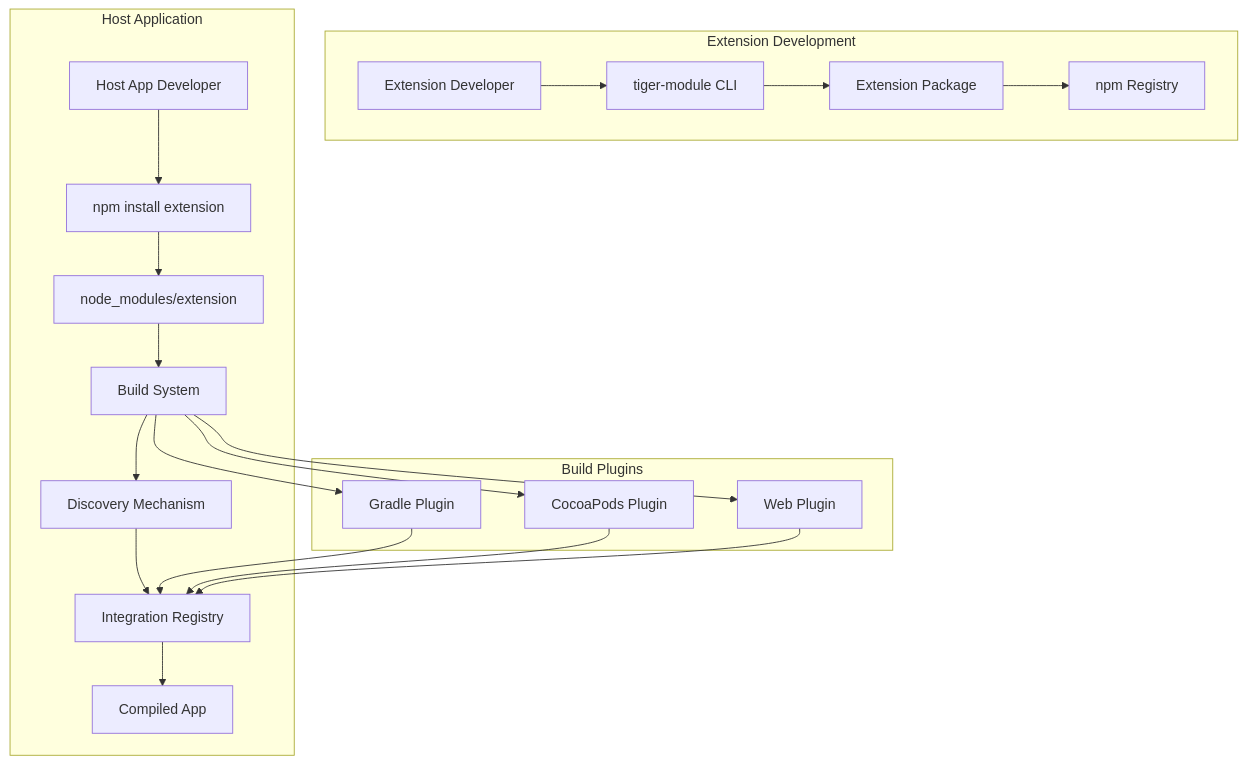
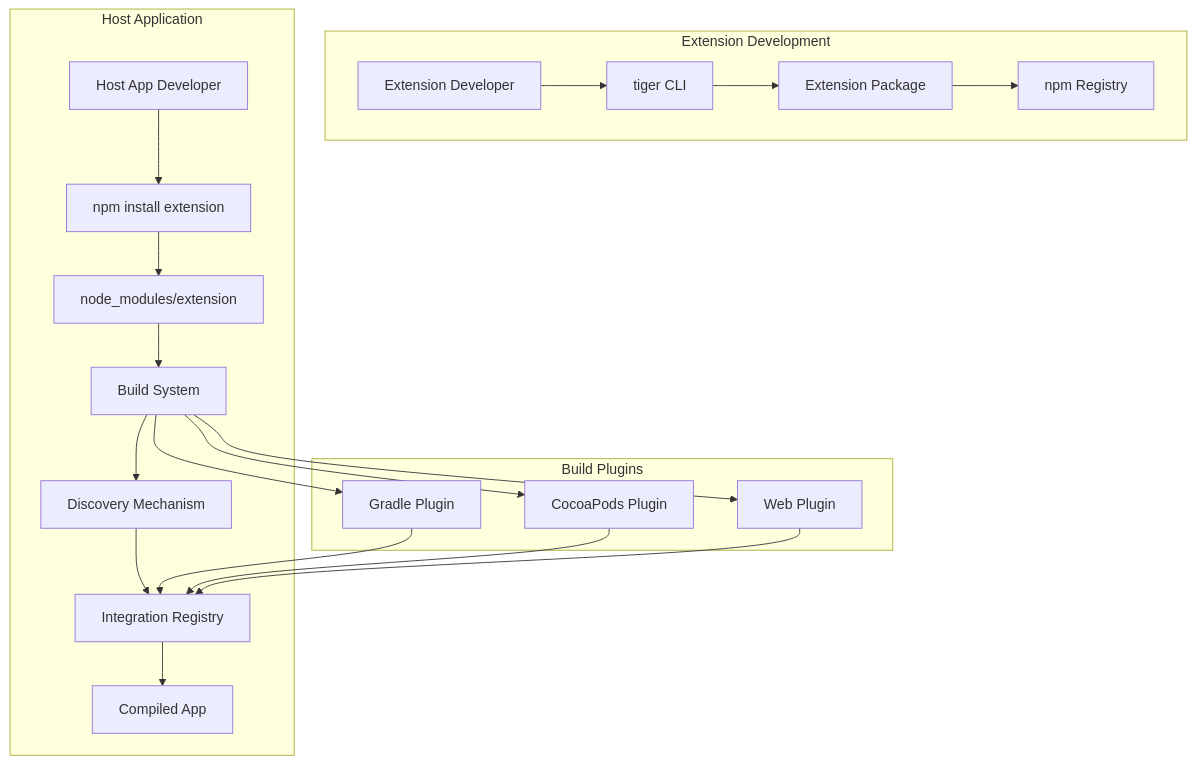
The diagram in .kiro/specs/autolink-migration/design.md (HimanshuKumarDutt094/tiger-modules), drawn with Mermaid before and after one commit. The commit also changed other lines of this file and 138 other files, not shown here.

````diff
--- a/.kiro/specs/autolink-migration/design.md
+++ b/.kiro/specs/autolink-migration/design.md
@@ -13,30 +13,30 @@
 ```mermaid
 graph TB
     subgraph "Extension Development"
-        A[Extension Developer] --> B[tiger-module CLI]
+        A[Extension Developer] --> B[tiger CLI]
         B --> C[Extension Package]
         C --> D[npm Registry]
     end
 
     subgraph "Host Application"
         E[Host App Developer] --> F[npm install extension]
         F --> G[node_modules/extension]
         G --> H[Build System]
         H --> I[Discovery Mechanism]
         I --> J[Integration Registry]
         J --> K[Compiled App]
     end
 
     subgraph "Build Plugins"
         L[Gradle Plugin]
         M[CocoaPods Plugin]
         N[Web Plugin]
     end
 
     H --> L
     H --> M
     H --> N
     L --> J
     M --> J
     N --> J
 ```
````
